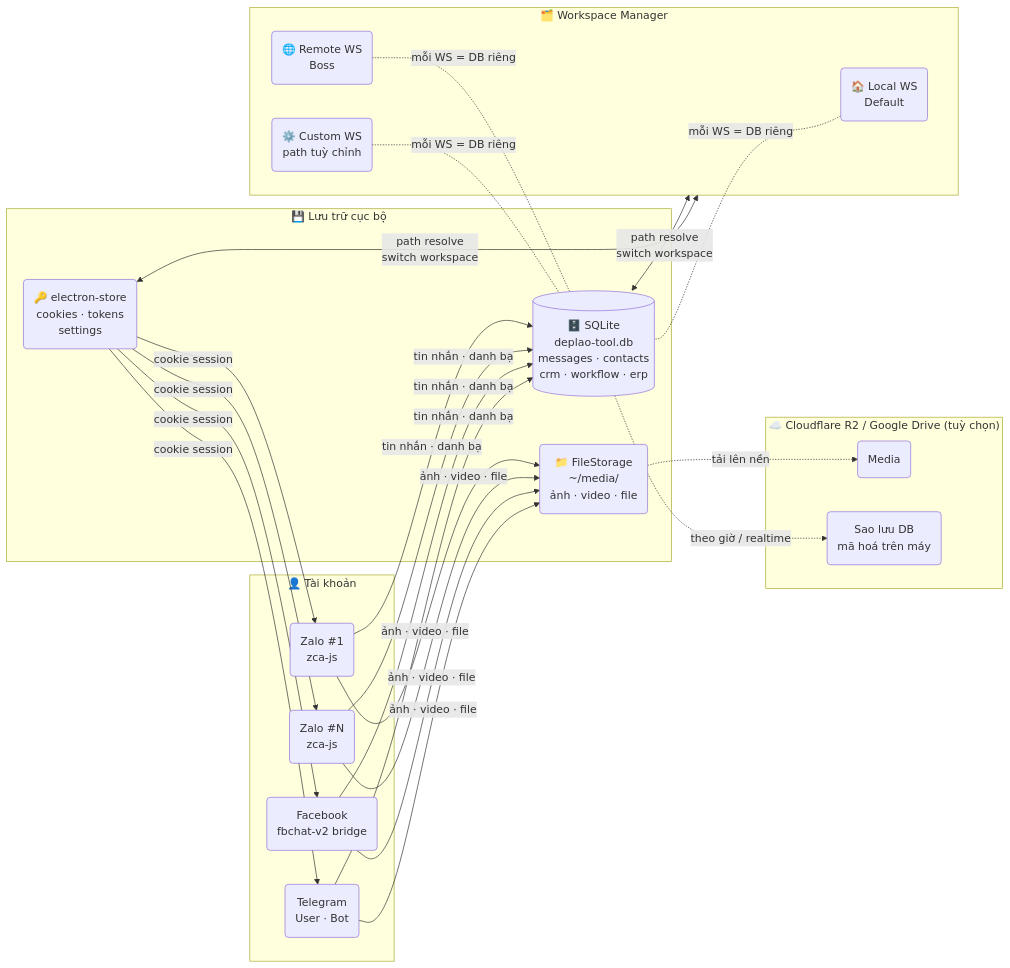
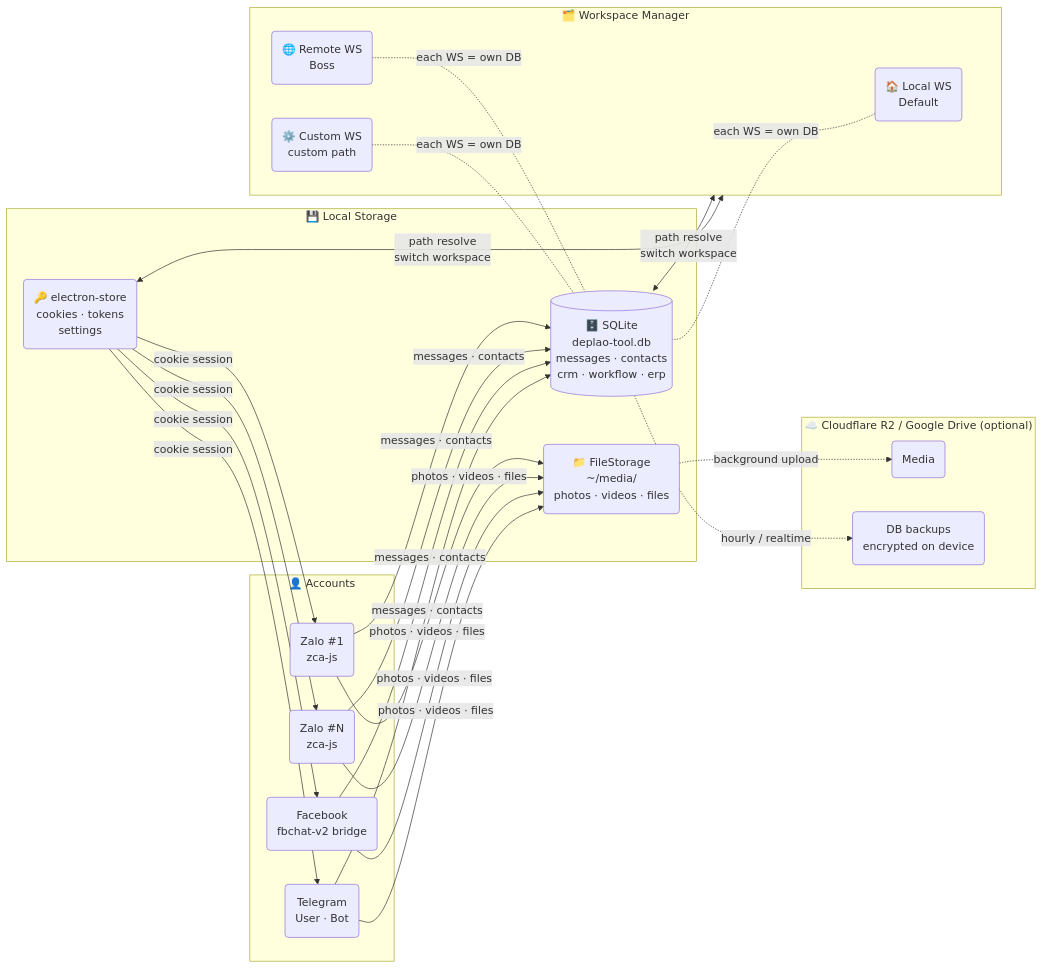
One commit to zqf20096327/ai_collect changed the fourth of 4 diagrams in data/readmes/babyvibe__deplao-builder.md. Above: the diagram before and after it, drawn with Mermaid. The commit also changed other lines of this file and 1613 other files, not shown here.

````diff
--- a/data/readmes/babyvibe__deplao-builder.md
+++ b/data/readmes/babyvibe__deplao-builder.md
@@ -346,34 +341,34 @@
 ```mermaid
 flowchart LR
-    subgraph ACCS["👤 Tài khoản"]
+    subgraph ACCS["👤 Accounts"]
         Z1("Zalo #1\nzca-js")
         ZN("Zalo #N\nzca-js")
         FB("Facebook\nfbchat-v2 bridge")
         TG("Telegram\nUser · Bot")
     end
 
-    subgraph STORE["💾 Lưu trữ cục bộ"]
+    subgraph STORE["💾 Local Storage"]
         DB[("🗄️ SQLite\ndeplao-tool.db\nmessages · contacts\ncrm · workflow · erp")]
-        MED("📁 FileStorage\n~/media/\nảnh · video · file")
+        MED("📁 FileStorage\n~/media/\nphotos · videos · files")
         ES("🔑 electron-store\ncookies · tokens\nsettings")
     end
 
     subgraph WS["🗂️ Workspace Manager"]
         WA("🏠 Local WS\nDefault")
         WB("🌐 Remote WS\nBoss")
-        WC("⚙️ Custom WS\npath tuỳ chỉnh")
+        WC("⚙️ Custom WS\ncustom path")
     end
 
-    subgraph CLOUD["☁️ Cloudflare R2 / Google Drive (tuỳ chọn)"]
+    subgraph CLOUD["☁️ Cloudflare R2 / Google Drive (optional)"]
         R2M("Media")
-        R2B("Sao lưu DB\nmã hoá trên máy")
+        R2B("DB backups\nencrypted on device")
     end
 
-    Z1 & ZN & FB & TG -->|"tin nhắn · danh bạ"| DB
-    Z1 & ZN & FB & TG -->|"ảnh · video · file"| MED
+    Z1 & ZN & FB & TG -->|"messages · contacts"| DB
+    Z1 & ZN & FB & TG -->|"photos · videos · files"| MED
     ES -->|"cookie session"| Z1 & ZN & FB & TG
     DB & ES <-->|"path resolve\nswitch workspace"| WS
-    WA & WB & WC -.-|"mỗi WS = DB riêng"| DB
-    MED -.->|"tải lên nền"| R2M
-    DB -.->|"theo giờ / realtime"| R2B
+    WA & WB & WC -.-|"each WS = own DB"| DB
+    MED -.->|"background upload"| R2M
+    DB -.->|"hourly / realtime"| R2B
 ```
````
